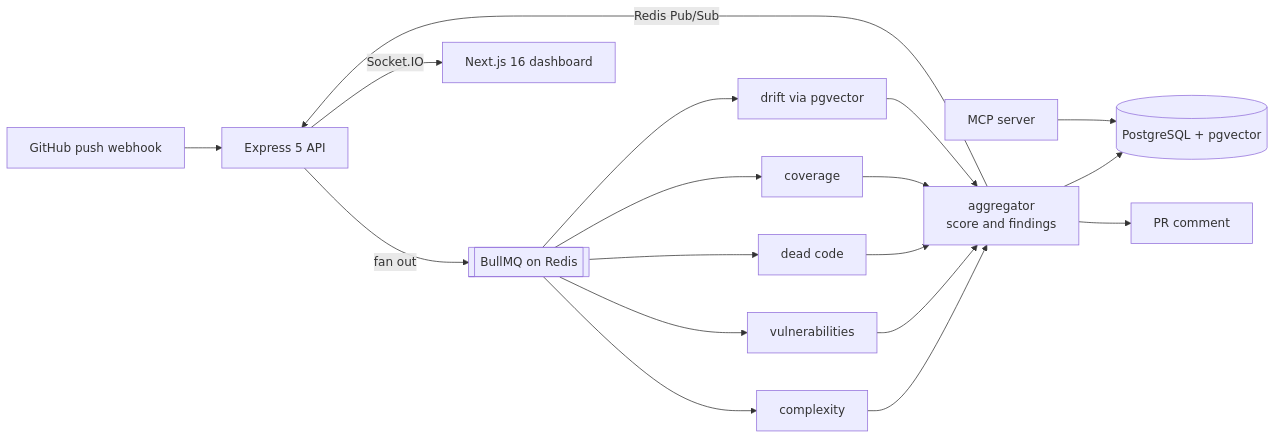
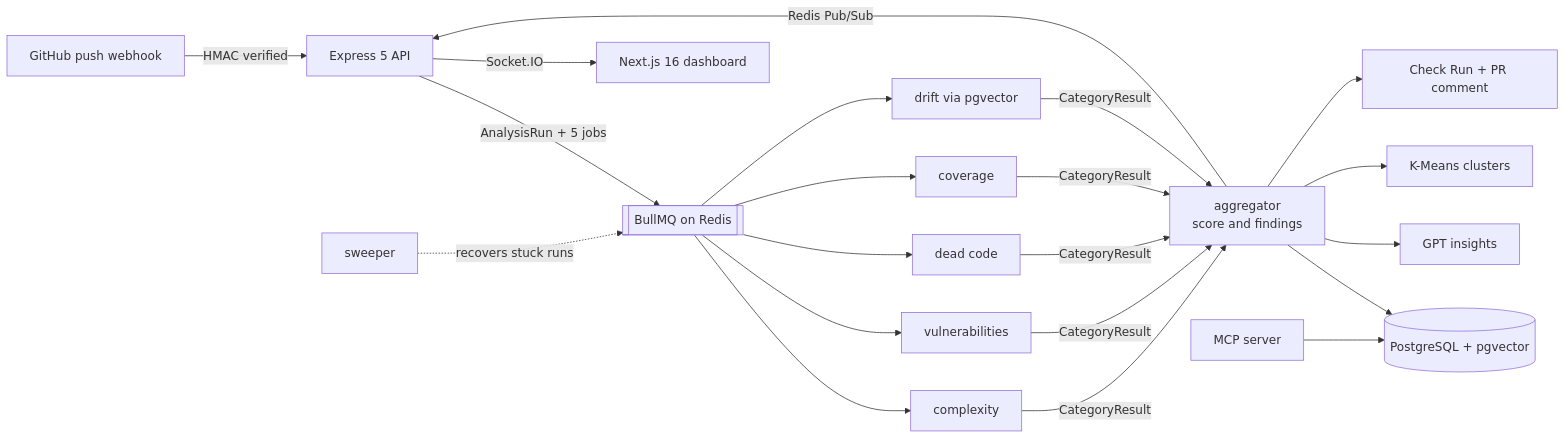
Before and after one commit to HarshilModh/code_Pulse: the diagram in README.md, drawn with Mermaid. The commit also changed other lines of this file and 1 other file, not shown here.

First line of the commit message:
Expand README with push flow, scoring, pipeline reliability and agents

````diff
--- a/README.md
+++ b/README.md
@@ -25,16 +132,19 @@
 ```mermaid
 flowchart LR
-  GH[GitHub push webhook] --> API[Express 5 API]
-  API -->|fan out| Q[[BullMQ on Redis]]
+  GH[GitHub push webhook] -->|HMAC verified| API[Express 5 API]
+  API -->|AnalysisRun + 5 jobs| Q[[BullMQ on Redis]]
   Q --> W1[complexity]
   Q --> W2[vulnerabilities]
   Q --> W3[dead code]
   Q --> W4[coverage]
   Q --> W5[drift via pgvector]
-  W1 & W2 & W3 & W4 & W5 --> AGG[aggregator<br/>score and findings]
+  W1 & W2 & W3 & W4 & W5 -->|CategoryResult| AGG[aggregator<br/>score and findings]
   AGG --> DB[(PostgreSQL + pgvector)]
-  AGG --> PR[PR comment]
+  AGG --> INS[GPT insights]
+  AGG --> CL[K-Means clusters]
+  AGG --> PR[Check Run + PR comment]
   AGG -->|Redis Pub/Sub| API
   API -->|Socket.IO| UI[Next.js 16 dashboard]
+  SW[sweeper] -.recovers stuck runs.-> Q
   MCP[MCP server] --> DB
 ```
````
